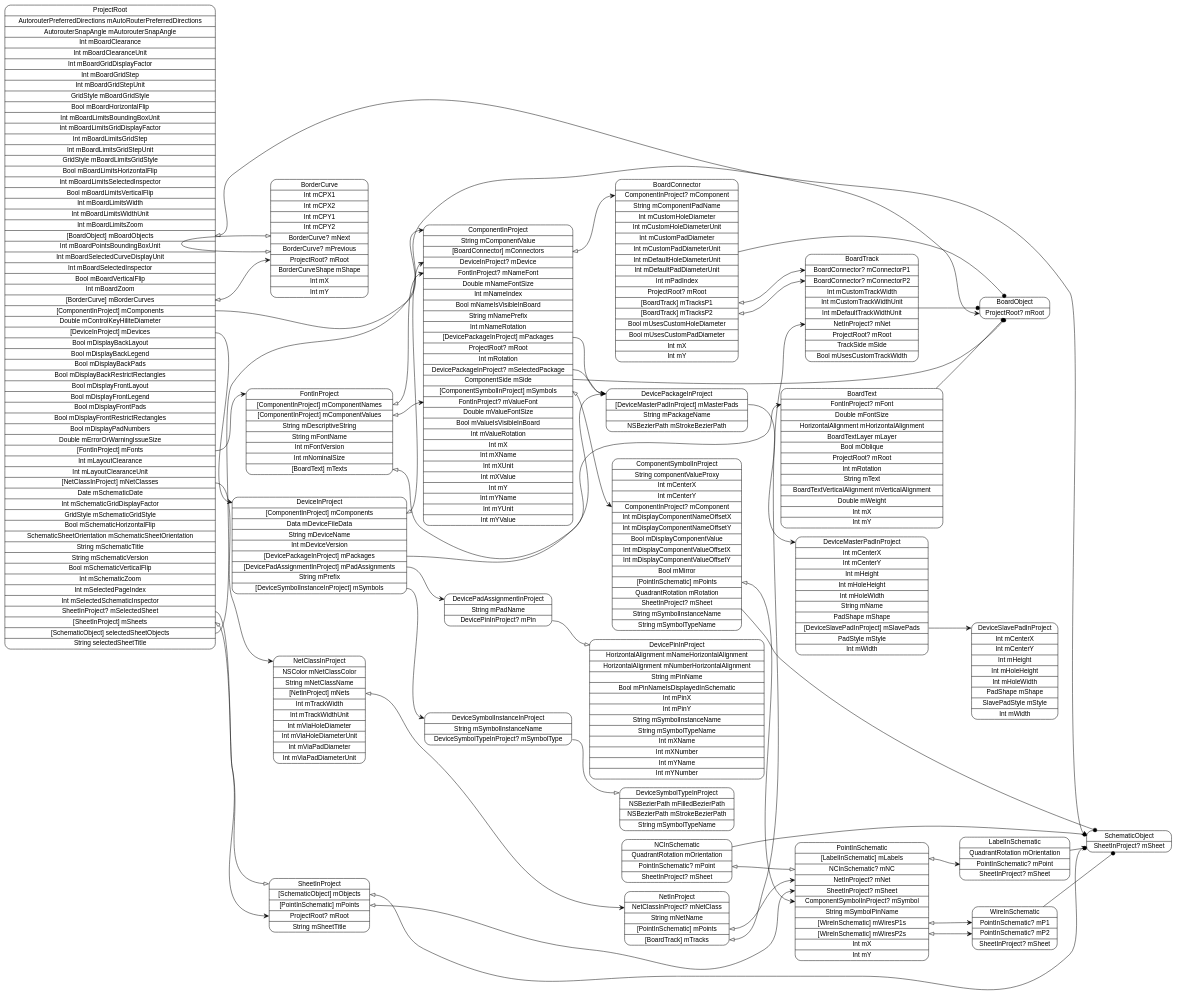
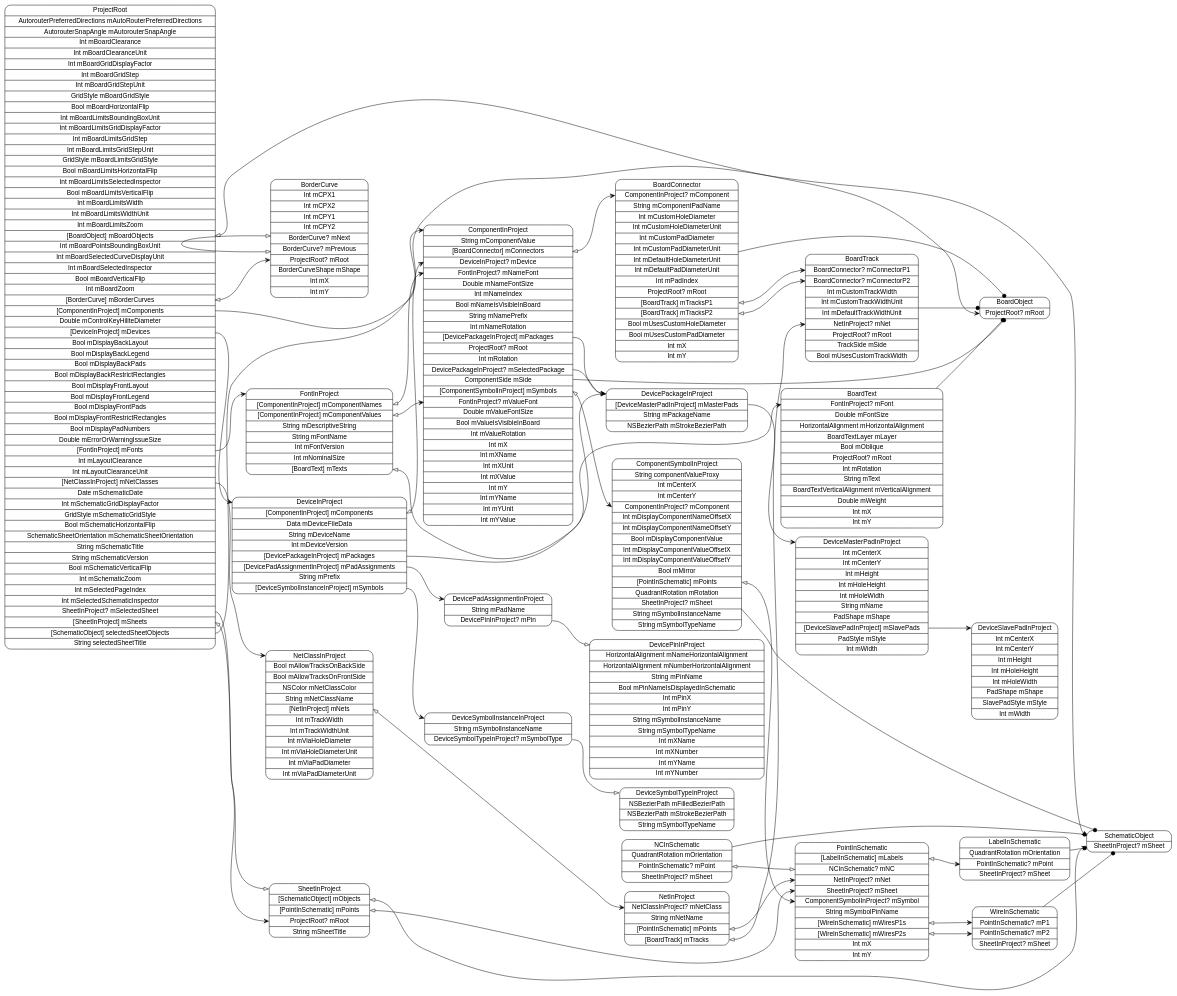
The diagram in models/ProjectRoot.dot (pierremolinaro/ElCanari-dev), drawn with Graphviz before and after one commit. The commit also changed 16 other files, not shown here.

Commit message:
Ajout paramétrage net class back / front routing

```diff
--- a/models/ProjectRoot.dot
+++ b/models/ProjectRoot.dot
@@ -1,74 +1,74 @@
 digraph G {
   rankdir=LR ;
   node [shape=record fontname=helvetica style=rounded] ;
   ProjectRoot[label="<ProjectRoot>ProjectRoot|AutorouterPreferredDirections mAutoRouterPreferredDirections|AutorouterSnapAngle mAutorouterSnapAngle|Int mBoardClearance|Int mBoardClearanceUnit|Int mBoardGridDisplayFactor|Int mBoardGridStep|Int mBoardGridStepUnit|GridStyle mBoardGridStyle|Bool mBoardHorizontalFlip|Int mBoardLimitsBoundingBoxUnit|Int mBoardLimitsGridDisplayFactor|Int mBoardLimitsGridStep|Int mBoardLimitsGridStepUnit|GridStyle mBoardLimitsGridStyle|Bool mBoardLimitsHorizontalFlip|Int mBoardLimitsSelectedInspector|Bool mBoardLimitsVerticalFlip|Int mBoardLimitsWidth|Int mBoardLimitsWidthUnit|Int mBoardLimitsZoom|<mBoardObjects>[BoardObject] mBoardObjects|Int mBoardPointsBoundingBoxUnit|Int mBoardSelectedCurveDisplayUnit|Int mBoardSelectedInspector|Bool mBoardVerticalFlip|Int mBoardZoom|<mBorderCurves>[BorderCurve] mBorderCurves|<mComponents>[ComponentInProject] mComponents|Double mControlKeyHiliteDiameter|<mDevices>[DeviceInProject] mDevices|Bool mDisplayBackLayout|Bool mDisplayBackLegend|Bool mDisplayBackPads|Bool mDisplayBackRestrictRectangles|Bool mDisplayFrontLayout|Bool mDisplayFrontLegend|Bool mDisplayFrontPads|Bool mDisplayFrontRestrictRectangles|Bool mDisplayPadNumbers|Double mErrorOrWarningIssueSize|<mFonts>[FontInProject] mFonts|Int mLayoutClearance|Int mLayoutClearanceUnit|<mNetClasses>[NetClassInProject] mNetClasses|Date mSchematicDate|Int mSchematicGridDisplayFactor|GridStyle mSchematicGridStyle|Bool mSchematicHorizontalFlip|SchematicSheetOrientation mSchematicSheetOrientation|String mSchematicTitle|String mSchematicVersion|Bool mSchematicVerticalFlip|Int mSchematicZoom|Int mSelectedPageIndex|Int mSelectedSchematicInspector|<mSelectedSheet>SheetInProject? mSelectedSheet|<mSheets>[SheetInProject] mSheets|<selectedSheetObjects>[SchematicObject] selectedSheetObjects|String selectedSheetTitle"] ;
   SchematicObject[label="<SchematicObject>SchematicObject|<mSheet>SheetInProject? mSheet"] ;
   SheetInProject[label="<SheetInProject>SheetInProject|<mObjects>[SchematicObject] mObjects|<mPoints>[PointInSchematic] mPoints|<mRoot>ProjectRoot? mRoot|String mSheetTitle"] ;
   PointInSchematic[label="<PointInSchematic>PointInSchematic|<mLabels>[LabelInSchematic] mLabels|<mNC>NCInSchematic? mNC|<mNet>NetInProject? mNet|<mSheet>SheetInProject? mSheet|<mSymbol>ComponentSymbolInProject? mSymbol|String mSymbolPinName|<mWiresP1s>[WireInSchematic] mWiresP1s|<mWiresP2s>[WireInSchematic] mWiresP2s|Int mX|Int mY"] ;
   WireInSchematic[label="<WireInSchematic>WireInSchematic|<mP1>PointInSchematic? mP1|<mP2>PointInSchematic? mP2|<mSheet>SheetInProject? mSheet"] ;
   NCInSchematic[label="<NCInSchematic>NCInSchematic|QuadrantRotation mOrientation|<mPoint>PointInSchematic? mPoint|<mSheet>SheetInProject? mSheet"] ;
   LabelInSchematic[label="<LabelInSchematic>LabelInSchematic|QuadrantRotation mOrientation|<mPoint>PointInSchematic? mPoint|<mSheet>SheetInProject? mSheet"] ;
-  NetClassInProject[label="<NetClassInProject>NetClassInProject|NSColor mNetClassColor|String mNetClassName|<mNets>[NetInProject] mNets|Int mTrackWidth|Int mTrackWidthUnit|Int mViaHoleDiameter|Int mViaHoleDiameterUnit|Int mViaPadDiameter|Int mViaPadDiameterUnit"] ;
+  NetClassInProject[label="<NetClassInProject>NetClassInProject|Bool mAllowTracksOnBackSide|Bool mAllowTracksOnFrontSide|NSColor mNetClassColor|String mNetClassName|<mNets>[NetInProject] mNets|Int mTrackWidth|Int mTrackWidthUnit|Int mViaHoleDiameter|Int mViaHoleDiameterUnit|Int mViaPadDiameter|Int mViaPadDiameterUnit"] ;
   NetInProject[label="<NetInProject>NetInProject|<mNetClass>NetClassInProject? mNetClass|String mNetName|<mPoints>[PointInSchematic] mPoints|<mTracks>[BoardTrack] mTracks"] ;
   BoardTrack[label="<BoardTrack>BoardTrack|<mConnectorP1>BoardConnector? mConnectorP1|<mConnectorP2>BoardConnector? mConnectorP2|Int mCustomTrackWidth|Int mCustomTrackWidthUnit|Int mDefaultTrackWidthUnit|<mNet>NetInProject? mNet|<mRoot>ProjectRoot? mRoot|TrackSide mSide|Bool mUsesCustomTrackWidth"] ;
   FontInProject[label="<FontInProject>FontInProject|<mComponentNames>[ComponentInProject] mComponentNames|<mComponentValues>[ComponentInProject] mComponentValues|String mDescriptiveString|String mFontName|Int mFontVersion|Int mNominalSize|<mTexts>[BoardText] mTexts"] ;
   BoardText[label="<BoardText>BoardText|<mFont>FontInProject? mFont|Double mFontSize|HorizontalAlignment mHorizontalAlignment|BoardTextLayer mLayer|Bool mOblique|<mRoot>ProjectRoot? mRoot|Int mRotation|String mText|BoardTextVerticalAlignment mVerticalAlignment|Double mWeight|Int mX|Int mY"] ;
   DeviceInProject[label="<DeviceInProject>DeviceInProject|<mComponents>[ComponentInProject] mComponents|Data mDeviceFileData|String mDeviceName|Int mDeviceVersion|<mPackages>[DevicePackageInProject] mPackages|<mPadAssignments>[DevicePadAssignmentInProject] mPadAssignments|String mPrefix|<mSymbols>[DeviceSymbolInstanceInProject] mSymbols"] ;
   DeviceSymbolInstanceInProject[label="<DeviceSymbolInstanceInProject>DeviceSymbolInstanceInProject|String mSymbolInstanceName|<mSymbolType>DeviceSymbolTypeInProject? mSymbolType"] ;
   DeviceSymbolTypeInProject[label="<DeviceSymbolTypeInProject>DeviceSymbolTypeInProject|NSBezierPath mFilledBezierPath|NSBezierPath mStrokeBezierPath|String mSymbolTypeName"] ;
   DevicePadAssignmentInProject[label="<DevicePadAssignmentInProject>DevicePadAssignmentInProject|String mPadName|<mPin>DevicePinInProject? mPin"] ;
   DevicePinInProject[label="<DevicePinInProject>DevicePinInProject|HorizontalAlignment mNameHorizontalAlignment|HorizontalAlignment mNumberHorizontalAlignment|String mPinName|Bool mPinNameIsDisplayedInSchematic|Int mPinX|Int mPinY|String mSymbolInstanceName|String mSymbolTypeName|Int mXName|Int mXNumber|Int mYName|Int mYNumber"] ;
   DevicePackageInProject[label="<DevicePackageInProject>DevicePackageInProject|<mMasterPads>[DeviceMasterPadInProject] mMasterPads|String mPackageName|NSBezierPath mStrokeBezierPath"] ;
   DeviceMasterPadInProject[label="<DeviceMasterPadInProject>DeviceMasterPadInProject|Int mCenterX|Int mCenterY|Int mHeight|Int mHoleHeight|Int mHoleWidth|String mName|PadShape mShape|<mSlavePads>[DeviceSlavePadInProject] mSlavePads|PadStyle mStyle|Int mWidth"] ;
   DeviceSlavePadInProject[label="<DeviceSlavePadInProject>DeviceSlavePadInProject|Int mCenterX|Int mCenterY|Int mHeight|Int mHoleHeight|Int mHoleWidth|PadShape mShape|SlavePadStyle mStyle|Int mWidth"] ;
   ComponentInProject[label="<ComponentInProject>ComponentInProject|String mComponentValue|<mConnectors>[BoardConnector] mConnectors|<mDevice>DeviceInProject? mDevice|<mNameFont>FontInProject? mNameFont|Double mNameFontSize|Int mNameIndex|Bool mNameIsVisibleInBoard|String mNamePrefix|Int mNameRotation|<mPackages>[DevicePackageInProject] mPackages|<mRoot>ProjectRoot? mRoot|Int mRotation|<mSelectedPackage>DevicePackageInProject? mSelectedPackage|ComponentSide mSide|<mSymbols>[ComponentSymbolInProject] mSymbols|<mValueFont>FontInProject? mValueFont|Double mValueFontSize|Bool mValueIsVisibleInBoard|Int mValueRotation|Int mX|Int mXName|Int mXUnit|Int mXValue|Int mY|Int mYName|Int mYUnit|Int mYValue"] ;
   ComponentSymbolInProject[label="<ComponentSymbolInProject>ComponentSymbolInProject|String componentValueProxy|Int mCenterX|Int mCenterY|<mComponent>ComponentInProject? mComponent|Int mDisplayComponentNameOffsetX|Int mDisplayComponentNameOffsetY|Bool mDisplayComponentValue|Int mDisplayComponentValueOffsetX|Int mDisplayComponentValueOffsetY|Bool mMirror|<mPoints>[PointInSchematic] mPoints|QuadrantRotation mRotation|<mSheet>SheetInProject? mSheet|String mSymbolInstanceName|String mSymbolTypeName"] ;
   BoardConnector[label="<BoardConnector>BoardConnector|<mComponent>ComponentInProject? mComponent|String mComponentPadName|Int mCustomHoleDiameter|Int mCustomHoleDiameterUnit|Int mCustomPadDiameter|Int mCustomPadDiameterUnit|Int mDefaultHoleDiameterUnit|Int mDefaultPadDiameterUnit|Int mPadIndex|<mRoot>ProjectRoot? mRoot|<mTracksP1>[BoardTrack] mTracksP1|<mTracksP2>[BoardTrack] mTracksP2|Bool mUsesCustomHoleDiameter|Bool mUsesCustomPadDiameter|Int mX|Int mY"] ;
   BorderCurve[label="<BorderCurve>BorderCurve|Int mCPX1|Int mCPX2|Int mCPY1|Int mCPY2|<mNext>BorderCurve? mNext|<mPrevious>BorderCurve? mPrevious|<mRoot>ProjectRoot? mRoot|BorderCurveShape mShape|Int mX|Int mY"] ;
   BoardObject[label="<BoardObject>BoardObject|<mRoot>ProjectRoot? mRoot"] ;
   ProjectRoot:mBoardObjects -> BoardObject:mRoot [dir=both arrowtail=onormal arrowhead=vee] ;
   ProjectRoot:mBorderCurves -> BorderCurve:mRoot [dir=both arrowtail=onormal arrowhead=vee] ;
   ProjectRoot:mComponents -> ComponentInProject:ComponentInProject [dir=both arrowtail=none arrowhead=vee] ;
   ProjectRoot:mDevices -> DeviceInProject:DeviceInProject [dir=both arrowtail=none arrowhead=vee] ;
   ProjectRoot:mFonts -> FontInProject:FontInProject [dir=both arrowtail=none arrowhead=vee] ;
   ProjectRoot:mNetClasses -> NetClassInProject:NetClassInProject [dir=both arrowtail=none arrowhead=vee] ;
   ProjectRoot:mSelectedSheet -> SheetInProject:SheetInProject [dir=both arrowtail=none arrowhead=onormal] ;
   ProjectRoot:mSheets -> SheetInProject:mRoot [dir=both arrowtail=onormal arrowhead=vee] ;
   ProjectRoot:selectedSheetObjects -> SchematicObject:SchematicObject [dir=both arrowtail=none arrowhead=vee] ;
   SheetInProject:mObjects -> SchematicObject:mSheet [dir=both arrowtail=onormal arrowhead=vee] ;
   SheetInProject:mPoints -> PointInSchematic:mSheet [dir=both arrowtail=onormal arrowhead=vee] ;
   PointInSchematic:mLabels -> LabelInSchematic:mPoint [dir=both arrowtail=onormal arrowhead=vee] ;
   PointInSchematic:mWiresP1s -> WireInSchematic:mP1 [dir=both arrowtail=onormal arrowhead=vee] ;
   PointInSchematic:mWiresP2s -> WireInSchematic:mP2 [dir=both arrowtail=onormal arrowhead=vee] ;
   WireInSchematic -> SchematicObject [arrowhead=dot] ;
   NCInSchematic -> SchematicObject [arrowhead=dot] ;
   NCInSchematic:mPoint -> PointInSchematic:mNC [dir=both arrowtail=onormal arrowhead=onormal] ;
   LabelInSchematic -> SchematicObject [arrowhead=dot] ;
   NetClassInProject:mNets -> NetInProject:mNetClass [dir=both arrowtail=onormal arrowhead=vee] ;
   NetInProject:mPoints -> PointInSchematic:mNet [dir=both arrowtail=onormal arrowhead=vee] ;
   NetInProject:mTracks -> BoardTrack:mNet [dir=both arrowtail=onormal arrowhead=vee] ;
   BoardTrack -> BoardObject [arrowhead=dot] ;
   FontInProject:mComponentNames -> ComponentInProject:mNameFont [dir=both arrowtail=onormal arrowhead=vee] ;
   FontInProject:mComponentValues -> ComponentInProject:mValueFont [dir=both arrowtail=onormal arrowhead=vee] ;
   FontInProject:mTexts -> BoardText:mFont [dir=both arrowtail=onormal arrowhead=vee] ;
   BoardText -> BoardObject [arrowhead=dot] ;
   DeviceInProject:mComponents -> ComponentInProject:mDevice [dir=both arrowtail=onormal arrowhead=vee] ;
   DeviceInProject:mPackages -> DevicePackageInProject:DevicePackageInProject [dir=both arrowtail=none arrowhead=vee] ;
   DeviceInProject:mPadAssignments -> DevicePadAssignmentInProject:DevicePadAssignmentInProject [dir=both arrowtail=none arrowhead=vee] ;
   DeviceInProject:mSymbols -> DeviceSymbolInstanceInProject:DeviceSymbolInstanceInProject [dir=both arrowtail=none arrowhead=vee] ;
   DeviceSymbolInstanceInProject:mSymbolType -> DeviceSymbolTypeInProject:DeviceSymbolTypeInProject [dir=both arrowtail=none arrowhead=onormal] ;
   DevicePadAssignmentInProject:mPin -> DevicePinInProject:DevicePinInProject [dir=both arrowtail=none arrowhead=onormal] ;
   DevicePackageInProject:mMasterPads -> DeviceMasterPadInProject:DeviceMasterPadInProject [dir=both arrowtail=none arrowhead=vee] ;
   DeviceMasterPadInProject:mSlavePads -> DeviceSlavePadInProject:DeviceSlavePadInProject [dir=both arrowtail=none arrowhead=vee] ;
   ComponentInProject -> BoardObject [arrowhead=dot] ;
   ComponentInProject:mConnectors -> BoardConnector:mComponent [dir=both arrowtail=onormal arrowhead=vee] ;
   ComponentInProject:mPackages -> DevicePackageInProject:DevicePackageInProject [dir=both arrowtail=none arrowhead=vee] ;
   ComponentInProject:mSelectedPackage -> DevicePackageInProject:DevicePackageInProject [dir=both arrowtail=none arrowhead=onormal] ;
   ComponentInProject:mSymbols -> ComponentSymbolInProject:mComponent [dir=both arrowtail=onormal arrowhead=vee] ;
   ComponentSymbolInProject -> SchematicObject [arrowhead=dot] ;
   ComponentSymbolInProject:mPoints -> PointInSchematic:mSymbol [dir=both arrowtail=onormal arrowhead=vee] ;
   BoardConnector -> BoardObject [arrowhead=dot] ;
   BoardConnector:mTracksP1 -> BoardTrack:mConnectorP1 [dir=both arrowtail=onormal arrowhead=vee] ;
   BoardConnector:mTracksP2 -> BoardTrack:mConnectorP2 [dir=both arrowtail=onormal arrowhead=vee] ;
   BorderCurve:mPrevious -> BorderCurve:mNext [dir=both arrowtail=onormal arrowhead=onormal] ;
 }
```
